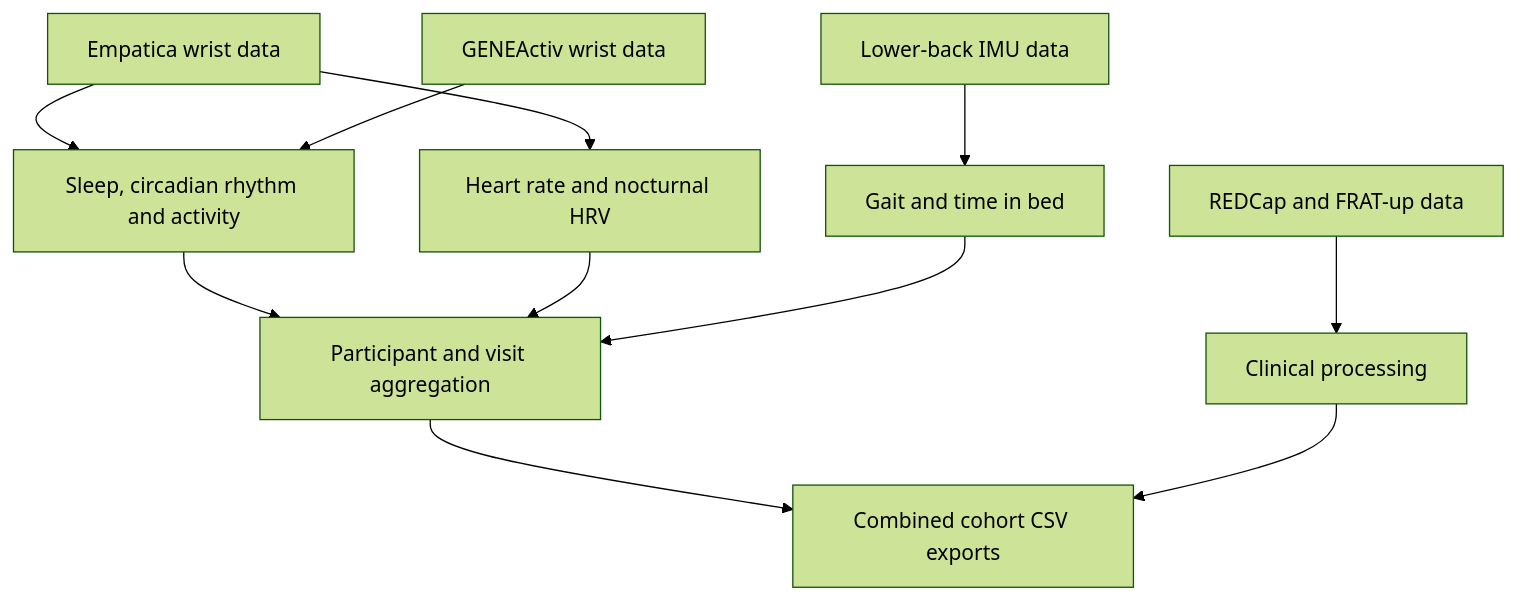
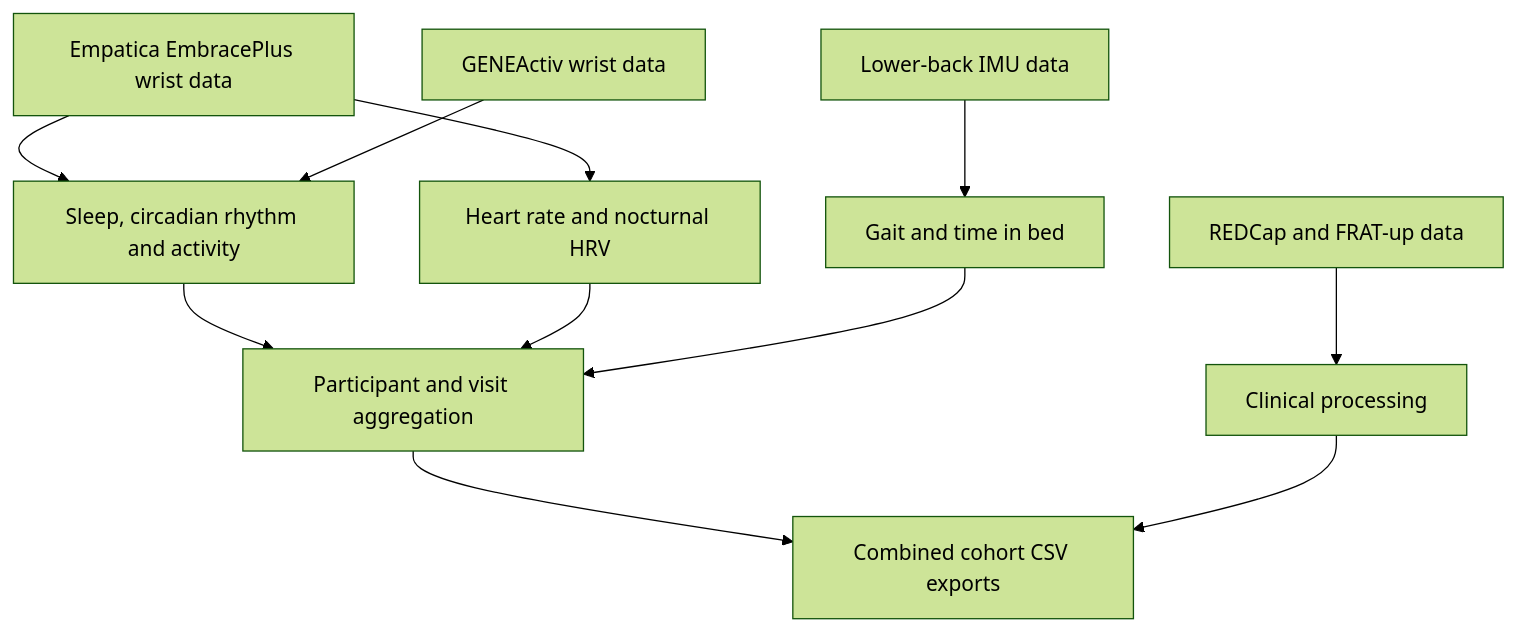
The diagram in README.md (marcellosicbaldi/DARE-wearable-pipelines), drawn with Mermaid (forest theme) before and after one commit. The commit also changed other lines of this file and 10 other files, not shown here.

````diff
--- a/README.md
+++ b/README.md
@@ -25,13 +25,13 @@
 ```mermaid
 flowchart TD
-    EMP["Empatica wrist data"] --> WRIST["Sleep, circadian rhythm and activity"]
+    EMP["Empatica EmbracePlus wrist data"] --> WRIST["Sleep, circadian rhythm and activity"]
     GEN["GENEActiv wrist data"] --> WRIST
     EMP --> CARDIO["Heart rate and nocturnal HRV"]
     IMU["Lower-back IMU data"] --> GAIT["Gait and time in bed"]
     WRIST --> AGG["Participant and visit aggregation"]
     CARDIO --> AGG
     GAIT --> AGG
     CLINICAL["REDCap and FRAT-up data"] --> CLIN["Clinical processing"]
     AGG --> EXPORT["Combined cohort CSV exports"]
     CLIN --> EXPORT
 ```
````
